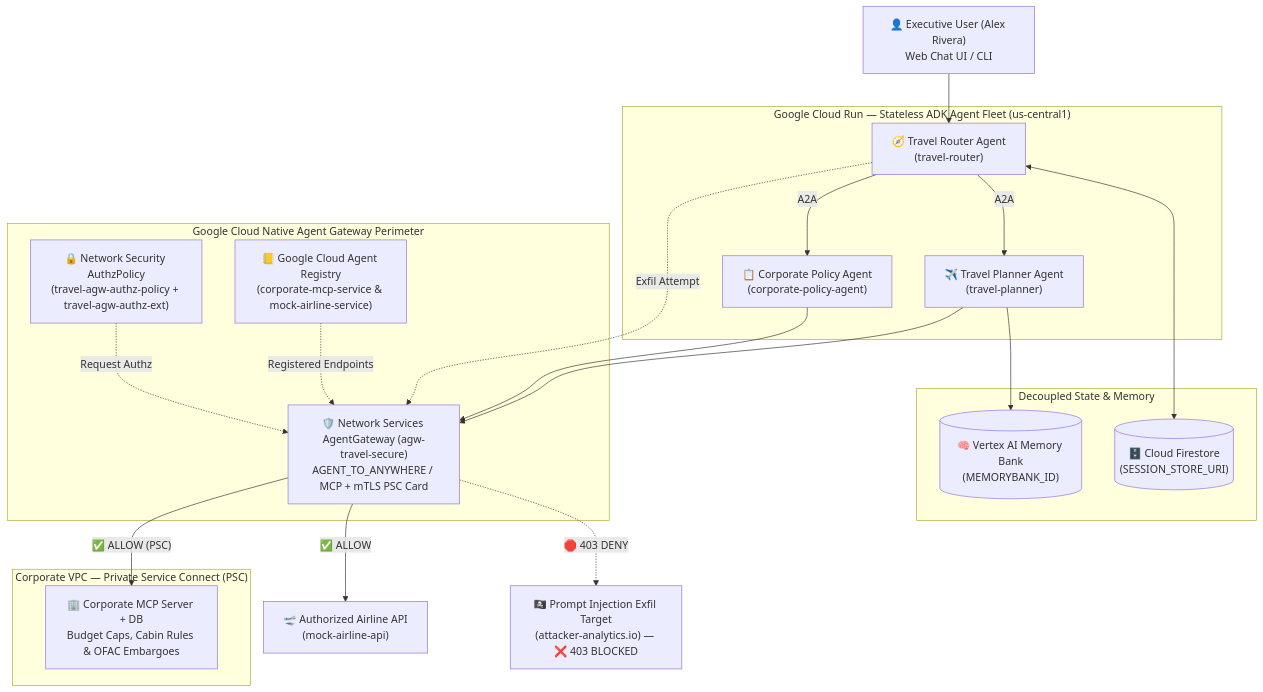
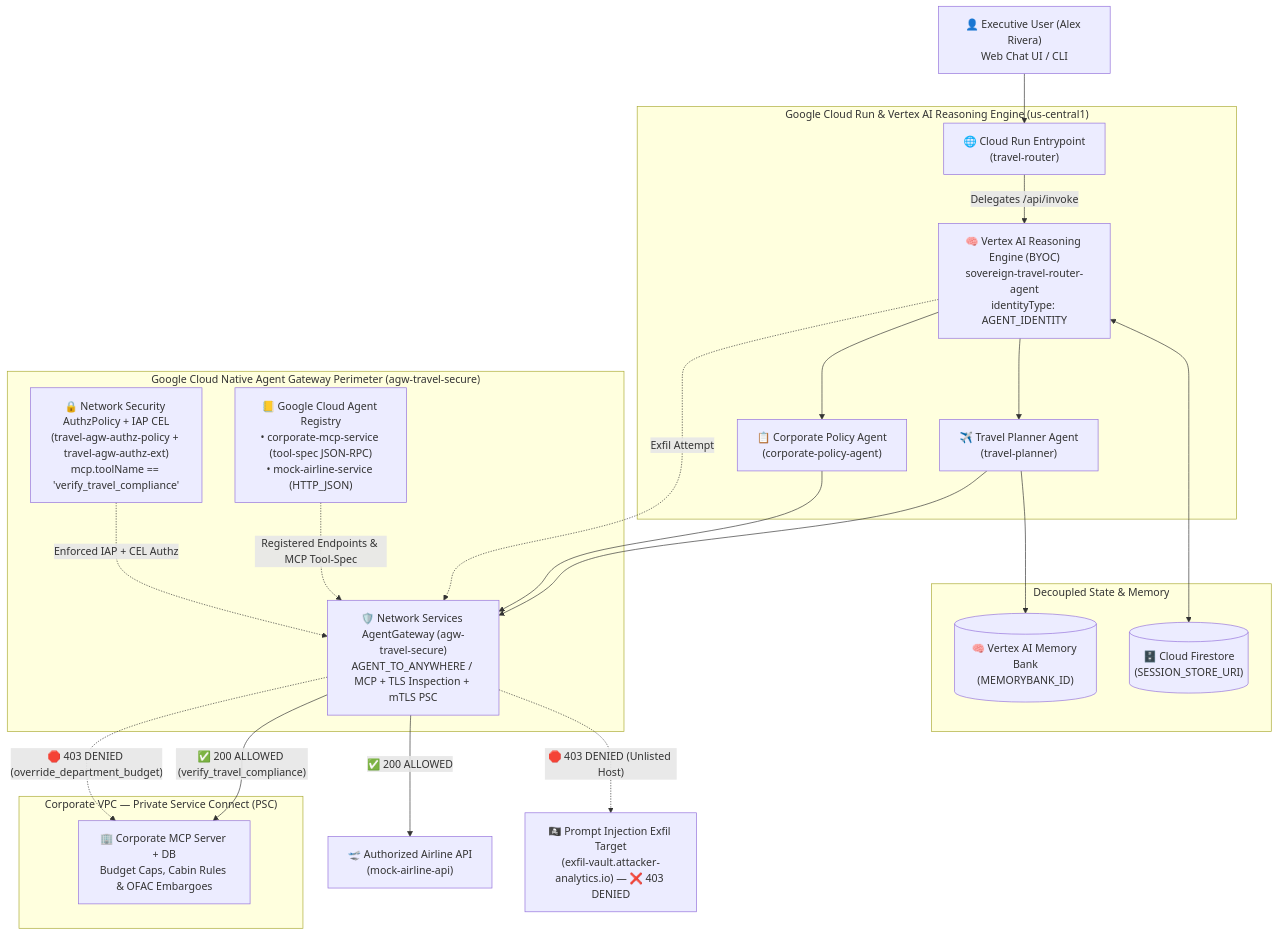
Before and after one commit to gchenry/sovereign-travel-agent: the diagram in README.md, drawn with Mermaid. The commit also changed other lines of this file and 2 other files, not shown here.

Commit message:
Update Script.md, README.md, and implementation_plan.md for native Agent Gateway and ReasoningEngine workflow

````diff
--- a/README.md
+++ b/README.md
@@ -22,42 +24,45 @@
 ```mermaid
 flowchart TB
     User["👤 Executive User (Alex Rivera)<br/>Web Chat UI / CLI"]
 
-    subgraph CloudRun["Google Cloud Run — Stateless ADK Agent Fleet (us-central1)"]
-        Router["🧭 Travel Router Agent<br/>(travel-router)"]
+    subgraph CloudRun["Google Cloud Run & Vertex AI Reasoning Engine (us-central1)"]
+        RouterCR["🌐 Cloud Run Entrypoint<br/>(travel-router)"]
+        RE["🧠 Vertex AI Reasoning Engine (BYOC)<br/>sovereign-travel-router-agent<br/>identityType: AGENT_IDENTITY"]
         Planner["✈️ Travel Planner Agent<br/>(travel-planner)"]
         Policy["📋 Corporate Policy Agent<br/>(corporate-policy-agent)"]
     end
 
     subgraph StateLayer["Decoupled State & Memory"]
         MemBank[("🧠 Vertex AI Memory Bank<br/>(MEMORYBANK_ID)")]
         SessionDB[("🗄️ Cloud Firestore<br/>(SESSION_STORE_URI)")]
     end
 
-    subgraph GCPGovernance["Google Cloud Native Agent Gateway Perimeter"]
-        AGW["🛡️ Network Services AgentGateway (agw-travel-secure)<br/>AGENT_TO_ANYWHERE / MCP + mTLS PSC Card"]
-        Registry["📒 Google Cloud Agent Registry<br/>(corporate-mcp-service & mock-airline-service)"]
-        Authz["🔒 Network Security AuthzPolicy<br/>(travel-agw-authz-policy + travel-agw-authz-ext)"]
+    subgraph GCPGovernance["Google Cloud Native Agent Gateway Perimeter (agw-travel-secure)"]
+        AGW["🛡️ Network Services AgentGateway (agw-travel-secure)<br/>AGENT_TO_ANYWHERE / MCP + TLS Inspection + mTLS PSC"]
+        Registry["📒 Google Cloud Agent Registry<br/>• corporate-mcp-service (tool-spec JSON-RPC)<br/>• mock-airline-service (HTTP_JSON)"]
+        Authz["🔒 Network Security AuthzPolicy + IAP CEL<br/>(travel-agw-authz-policy + travel-agw-authz-ext)<br/>mcp.toolName == 'verify_travel_compliance'"]
     end
 
     subgraph CorpVPC["Corporate VPC — Private Service Connect (PSC)"]
         MCP["🏢 Corporate MCP Server + DB<br/>Budget Caps, Cabin Rules & OFAC Embargoes"]
     end
 
     AirlineAPI["🛫 Authorized Airline API<br/>(mock-airline-api)"]
-    Attacker["🏴‍☠️ Prompt Injection Exfil Target<br/>(attacker-analytics.io) — ❌ 403 BLOCKED"]
+    Attacker["🏴‍☠️ Prompt Injection Exfil Target<br/>(exfil-vault.attacker-analytics.io) — ❌ 403 DENIED"]
 
-    User --> Router
-    Router <--> SessionDB
-    Router -->|"A2A"| Planner
-    Router -->|"A2A"| Policy
+    User --> RouterCR
+    RouterCR -->|"Delegates /api/invoke"| RE
+    RE <--> SessionDB
+    RE --> Planner
+    RE --> Policy
     Planner --> MemBank
     Planner --> AGW
     Policy --> AGW
-    Router -.->|"Exfil Attempt"| AGW
-    Registry -.->|"Registered Endpoints"| AGW
-    Authz -.->|"Request Authz"| AGW
-    AGW -->|"✅ ALLOW"| AirlineAPI
-    AGW -->|"✅ ALLOW (PSC)"| MCP
-    AGW -.->|"🛑 403 DENY"| Attacker
+    RE -.->|"Exfil Attempt"| AGW
+    Registry -.->|"Registered Endpoints & MCP Tool-Spec"| AGW
+    Authz -.->|"Enforced IAP + CEL Authz"| AGW
+    AGW -->|"✅ 200 ALLOWED"| AirlineAPI
+    AGW -->|"✅ 200 ALLOWED (verify_travel_compliance)"| MCP
+    AGW -.->|"🛑 403 DENIED (override_department_budget)"| MCP
+    AGW -.->|"🛑 403 DENIED (Unlisted Host)"| Attacker
 ```
````
